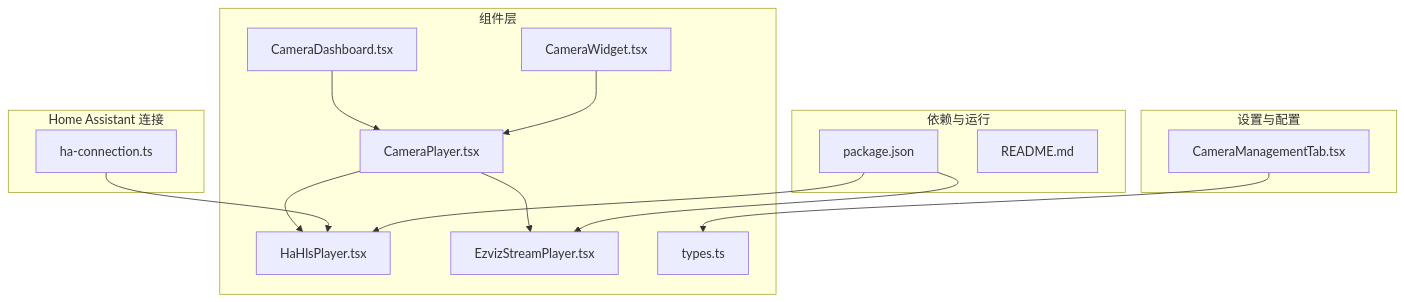
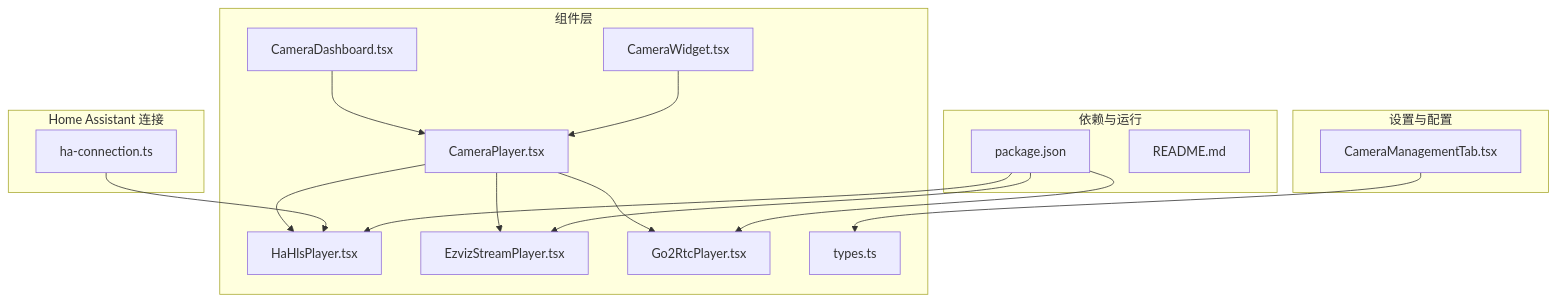
One commit to skyeyinkun/HAUI changed the first of 6 diagrams in .qoder/repowiki/zh/content/摄像头监控系统/摄像头监控系统.md. Above: the diagram before and after it, drawn with Mermaid. The commit also changed other lines of this file and 23 other files, not shown here.

````diff
--- a/.qoder/repowiki/zh/content/摄像头监控系统/摄像头监控系统.md
+++ b/.qoder/repowiki/zh/content/摄像头监控系统/摄像头监控系统.md
@@ -47,29 +56,32 @@
 ```mermaid
 graph TB
 subgraph "组件层"
 CP["CameraPlayer.tsx"]
 HHP["HaHlsPlayer.tsx"]
 ESP["EzvizStreamPlayer.tsx"]
+GRP["Go2RtcPlayer.tsx"]
 CD["CameraDashboard.tsx"]
 CW["CameraWidget.tsx"]
 T["types.ts"]
 end
 subgraph "设置与配置"
 CMT["CameraManagementTab.tsx"]
 end
 subgraph "Home Assistant 连接"
 HAC["ha-connection.ts"]
 end
 subgraph "依赖与运行"
 PKG["package.json"]
 RMD["README.md"]
 end
 CP --> HHP
 CP --> ESP
+CP --> GRP
 CD --> CP
 CW --> CP
 CMT --> T
 HAC --> HHP
 PKG --> HHP
 PKG --> ESP
+PKG --> GRP
 ```
````
